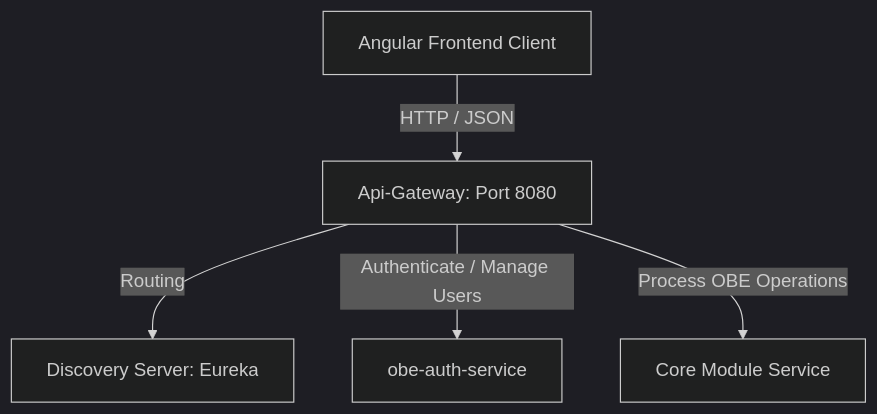
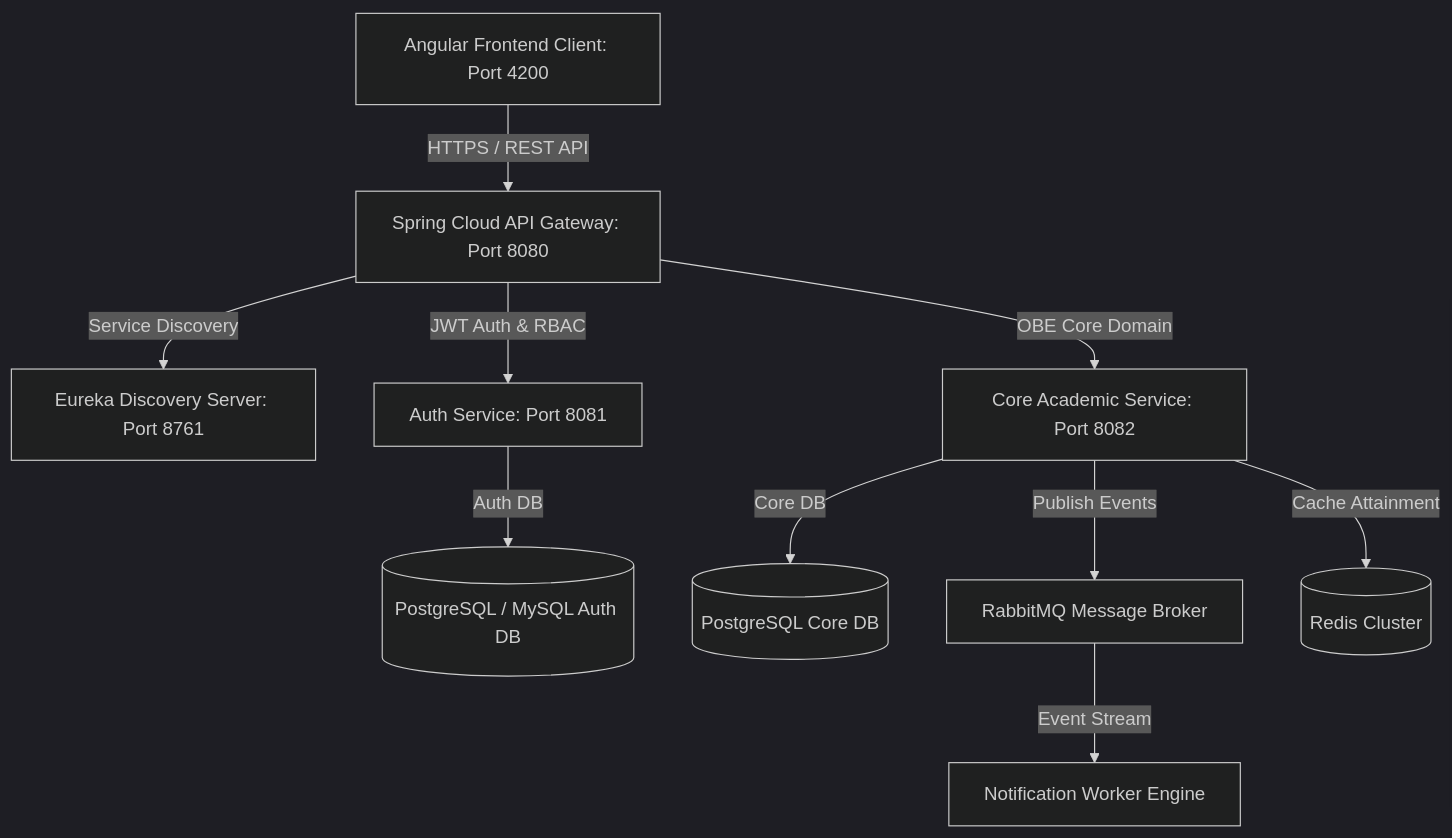
Before and after one commit to MD-Suhad/Outcome_Based_Education-Management-System: the first of 2 diagrams in docs/Architecture.md, drawn with Mermaid (dark theme). The commit also changed other lines of this file and 4 other files, not shown here.

Commit message:
docs: add architecture, frontend, API, and database blueprints and update README documentation references

````diff
--- a/docs/Architecture.md
+++ b/docs/Architecture.md
@@ -5,7 +10,14 @@
 ```mermaid
 graph TD
-    Client[Angular Frontend Client] -->|HTTP / JSON| Gateway[Api-Gateway: Port 8080]
-    Gateway -->|Routing| Discovery[Discovery Server: Eureka]
-    Gateway -->|Authenticate / Manage Users| AuthService[obe-auth-service]
-    Gateway -->|Process OBE Operations| CoreService[Core Module Service]
+    Client[Angular Frontend Client: Port 4200] -->|HTTPS / REST API| Gateway[Spring Cloud API Gateway: Port 8080]
+    Gateway -->|Service Discovery| Discovery[Eureka Discovery Server: Port 8761]
+    Gateway -->|JWT Auth & RBAC| AuthService[Auth Service: Port 8081]
+    Gateway -->|OBE Core Domain| CoreService[Core Academic Service: Port 8082]
+    
+    AuthService -->|Auth DB| DB1[(PostgreSQL / MySQL Auth DB)]
+    CoreService -->|Core DB| DB2[(PostgreSQL Core DB)]
+    
+    CoreService -->|Publish Events| RabbitMQ[RabbitMQ Message Broker]
+    RabbitMQ -->|Event Stream| Notification[Notification Worker Engine]
+    CoreService -->|Cache Attainment| Redis[(Redis Cluster)]
 ```
````
